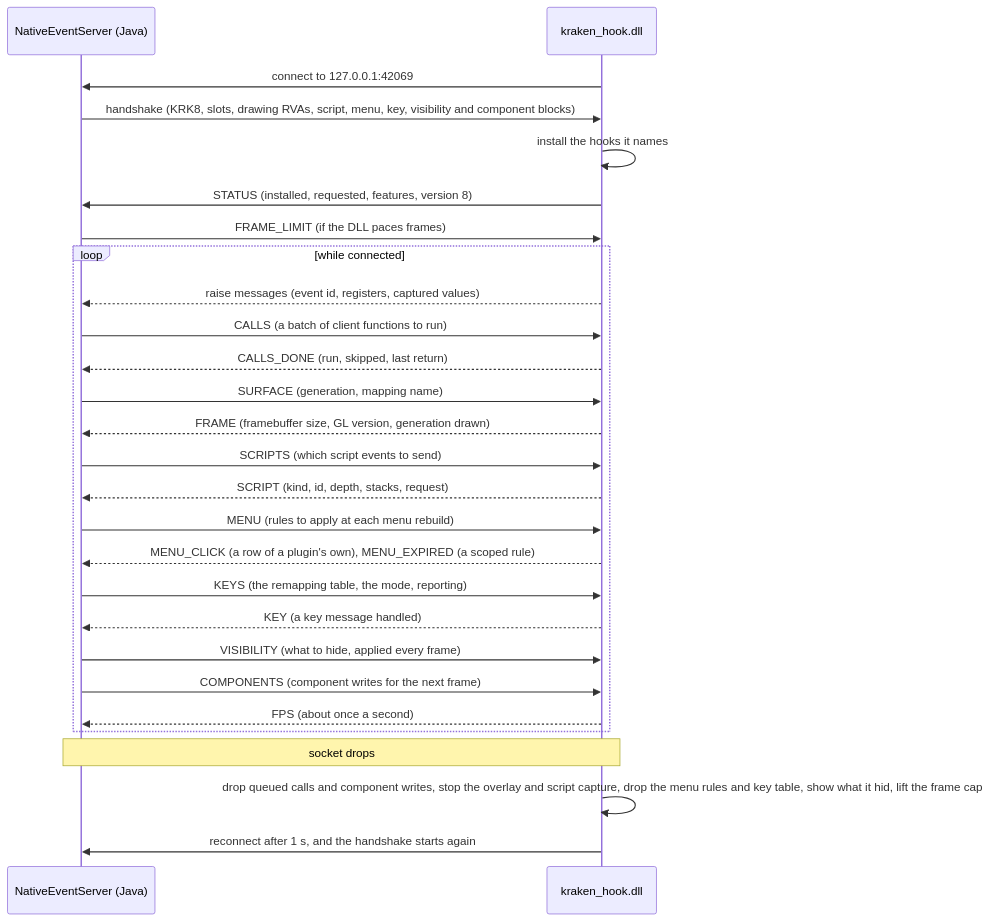
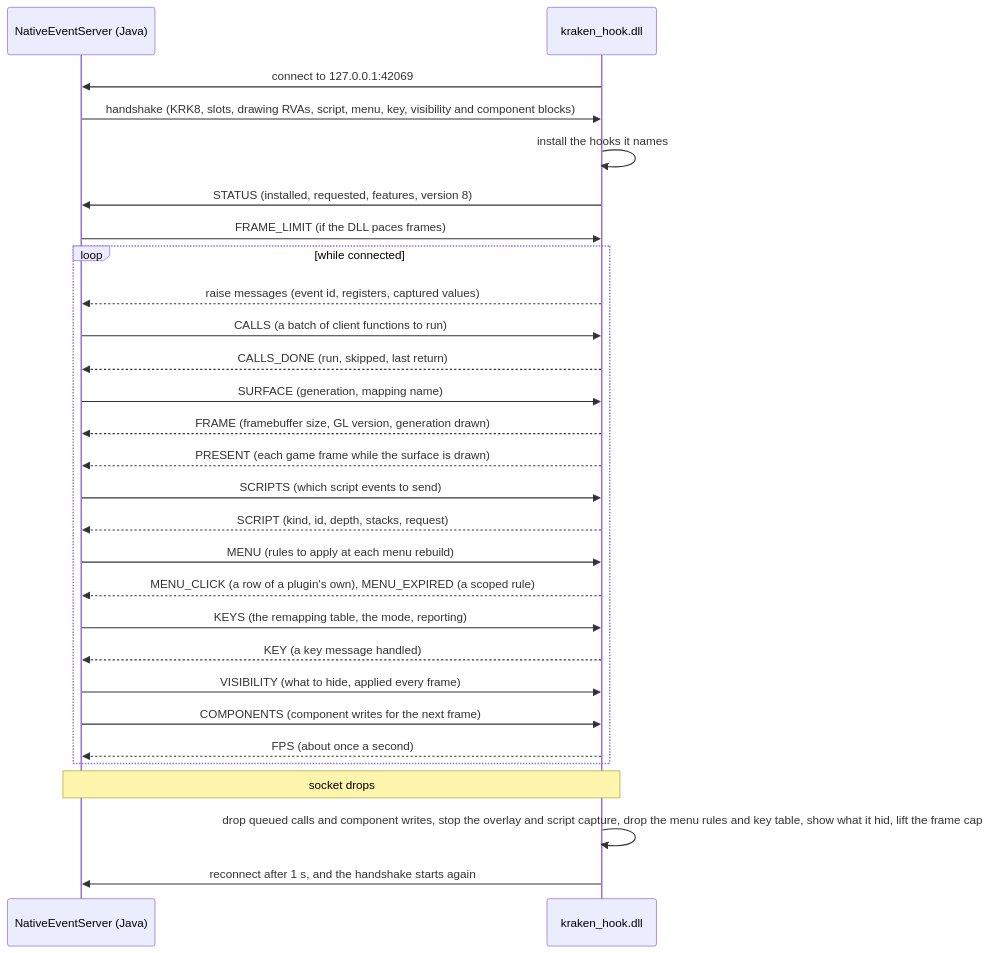
One commit to Kraken-Plugins/kraken-native changed the diagram in docs/developer/native-protocol.md. Above: the diagram before and after it, drawn with Mermaid. The commit also changed other lines of this file and 28 other files, not shown here.

Commit message:
perf(overlay): draw overlays once per game frame

````diff
--- a/docs/developer/native-protocol.md
+++ b/docs/developer/native-protocol.md
@@ -16,29 +17,30 @@
 ```mermaid
 sequenceDiagram
     participant J as NativeEventServer (Java)
     participant D as kraken_hook.dll
     D->>J: connect to 127.0.0.1:42069
     J->>D: handshake (KRK8, slots, drawing RVAs, script, menu, key, visibility and component blocks)
     D->>D: install the hooks it names
     D->>J: STATUS (installed, requested, features, version 8)
     J->>D: FRAME_LIMIT (if the DLL paces frames)
     loop while connected
         D-->>J: raise messages (event id, registers, captured values)
         J->>D: CALLS (a batch of client functions to run)
         D-->>J: CALLS_DONE (run, skipped, last return)
         J->>D: SURFACE (generation, mapping name)
         D-->>J: FRAME (framebuffer size, GL version, generation drawn)
+        D-->>J: PRESENT (each game frame while the surface is drawn)
         J->>D: SCRIPTS (which script events to send)
         D-->>J: SCRIPT (kind, id, depth, stacks, request)
         J->>D: MENU (rules to apply at each menu rebuild)
         D-->>J: MENU_CLICK (a row of a plugin's own), MENU_EXPIRED (a scoped rule)
         J->>D: KEYS (the remapping table, the mode, reporting)
         D-->>J: KEY (a key message handled)
         J->>D: VISIBILITY (what to hide, applied every frame)
         J->>D: COMPONENTS (component writes for the next frame)
         D-->>J: FPS (about once a second)
     end
     Note over J,D: socket drops
     D->>D: drop queued calls and component writes, stop the overlay and script capture, drop the menu rules and key table, show what it hid, lift the frame cap
     D->>J: reconnect after 1 s, and the handshake starts again
 ```
````
